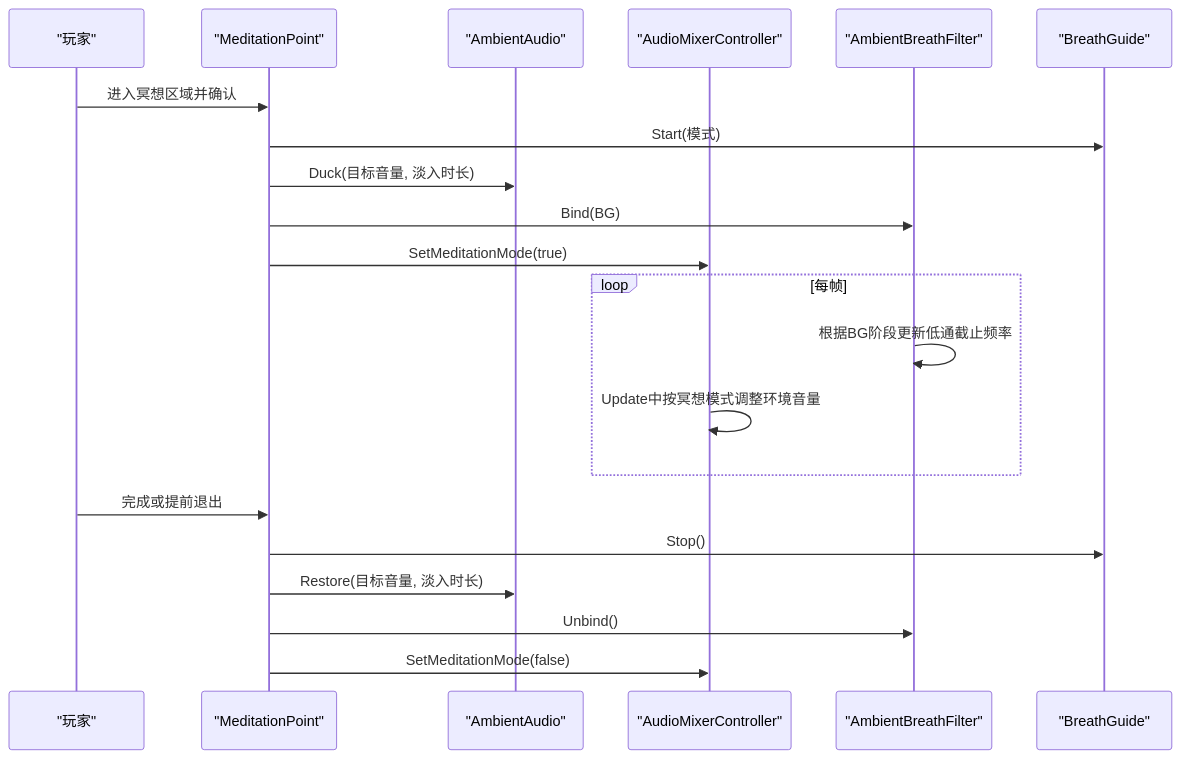
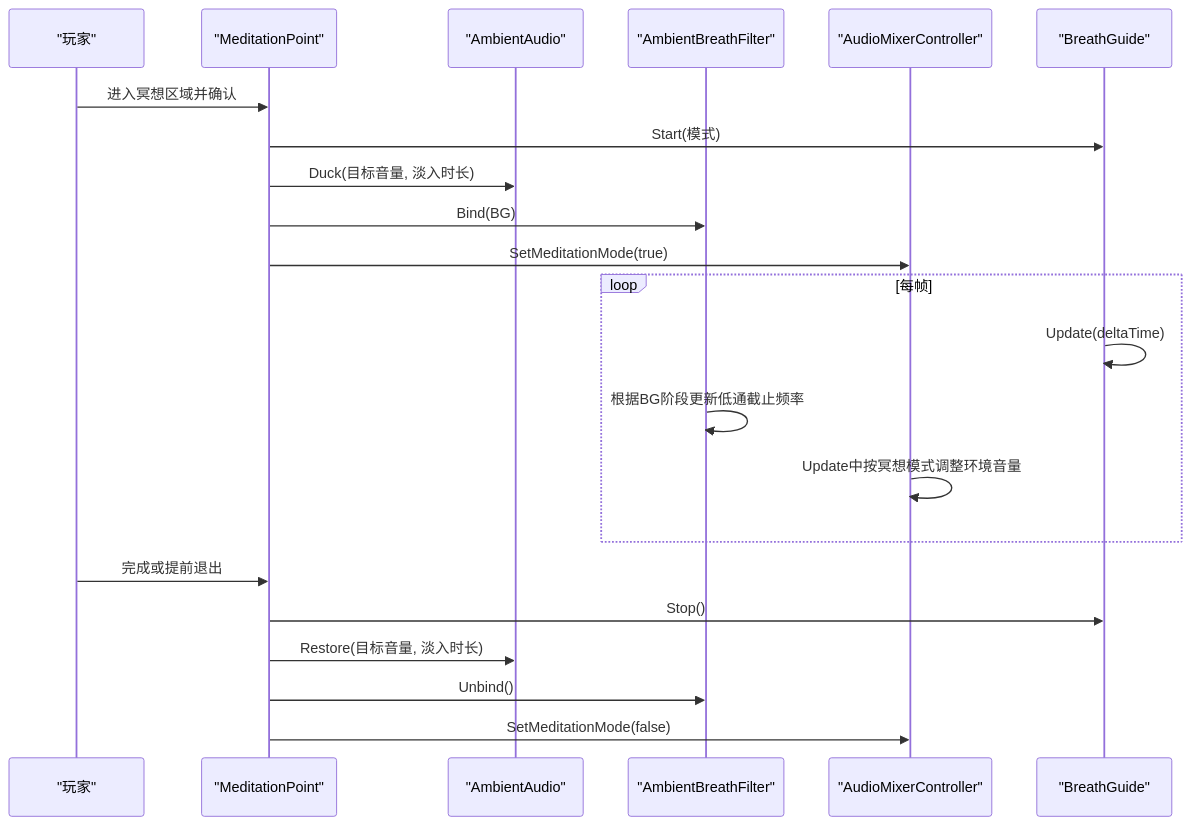
One commit to cpufreestyle/InkRidge changed the second of 5 diagrams in .qoder/repowiki/zh/content/音频系统/环境音效管理.md. Above: the diagram before and after it, drawn with Mermaid. The commit also changed other lines of this file and 17 other files, not shown here.

````diff
--- a/.qoder/repowiki/zh/content/音频系统/环境音效管理.md
+++ b/.qoder/repowiki/zh/content/音频系统/环境音效管理.md
@@ -97,23 +106,24 @@
 ```mermaid
 sequenceDiagram
 participant Player as "玩家"
 participant MP as "MeditationPoint"
 participant AA as "AmbientAudio"
+participant ABF as "AmbientBreathFilter"
 participant AMC as "AudioMixerController"
-participant ABF as "AmbientBreathFilter"
 participant BG as "BreathGuide"
 Player->>MP : 进入冥想区域并确认
 MP->>BG : Start(模式)
 MP->>AA : Duck(目标音量, 淡入时长)
 MP->>ABF : Bind(BG)
 MP->>AMC : SetMeditationMode(true)
 loop 每帧
+BG->>BG : Update(deltaTime)
 ABF->>ABF : 根据BG阶段更新低通截止频率
 AMC->>AMC : Update中按冥想模式调整环境音量
 end
 Player->>MP : 完成或提前退出
 MP->>BG : Stop()
 MP->>AA : Restore(目标音量, 淡入时长)
 MP->>ABF : Unbind()
 MP->>AMC : SetMeditationMode(false)
 ```
````
